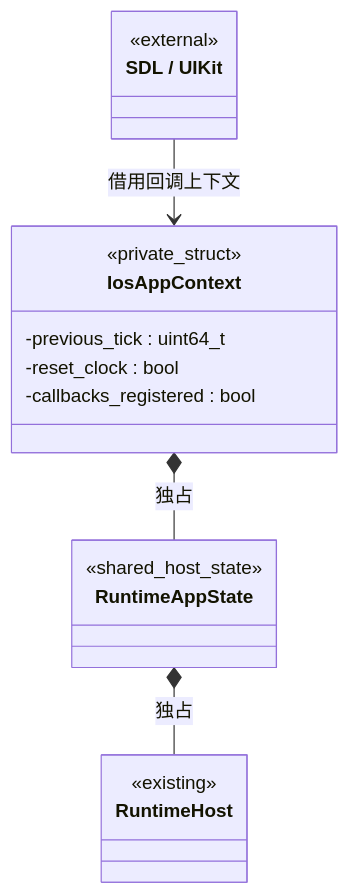
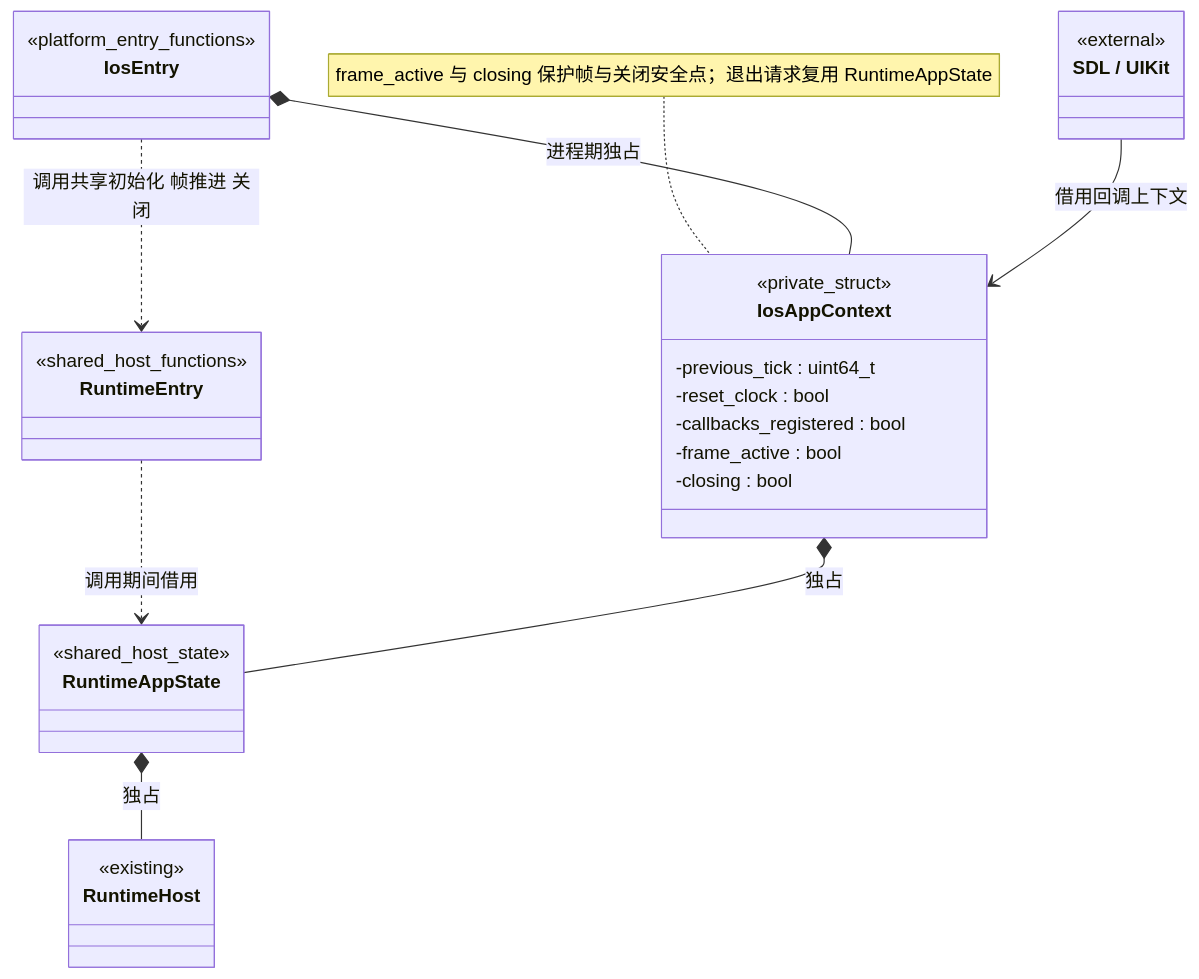
One commit to lcals/Engine changed the first of 2 diagrams in docs/runtime/class-diagrams/ios-host.md. Above: the diagram before and after it, drawn with Mermaid. The commit also changed other lines of this file and 17 other files, not shown here.

````diff
--- a/docs/runtime/class-diagrams/ios-host.md
+++ b/docs/runtime/class-diagrams/ios-host.md
@@ -17,22 +17,34 @@
 ```mermaid
 classDiagram
     direction TB
     class SDLUIKit["SDL / UIKit"] {
         <<external>>
     }
+    class IosEntry {
+        <<platform_entry_functions>>
+    }
+    class RuntimeEntry {
+        <<shared_host_functions>>
+    }
     class IosAppContext {
         <<private_struct>>
         -previous_tick : uint64_t
         -reset_clock : bool
         -callbacks_registered : bool
+        -frame_active : bool
+        -closing : bool
     }
     class RuntimeAppState {
         <<shared_host_state>>
     }
     class RuntimeHost {
         <<existing>>
     }
+    IosEntry *-- IosAppContext : 进程期独占
+    IosEntry ..> RuntimeEntry : 调用共享初始化 帧推进 关闭
+    RuntimeEntry ..> RuntimeAppState : 调用期间借用
     SDLUIKit --> IosAppContext : 借用回调上下文
     IosAppContext *-- RuntimeAppState : 独占
     RuntimeAppState *-- RuntimeHost : 独占
+    note for IosAppContext "frame_active 与 closing 保护帧与关闭安全点；退出请求复用 RuntimeAppState"
 ```
````
